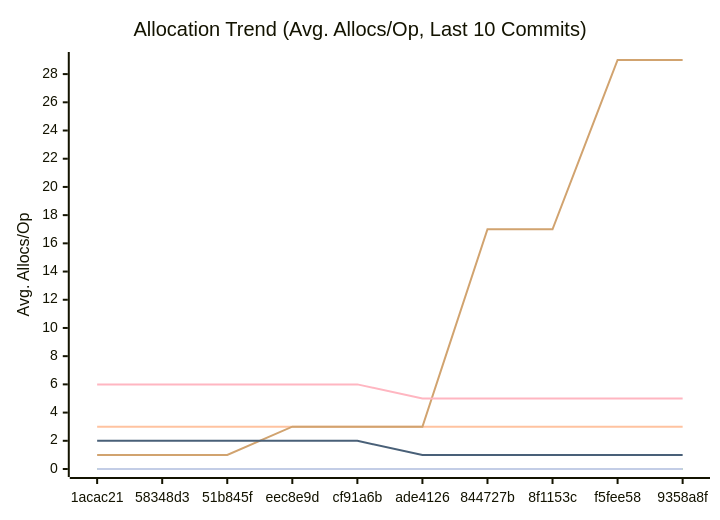
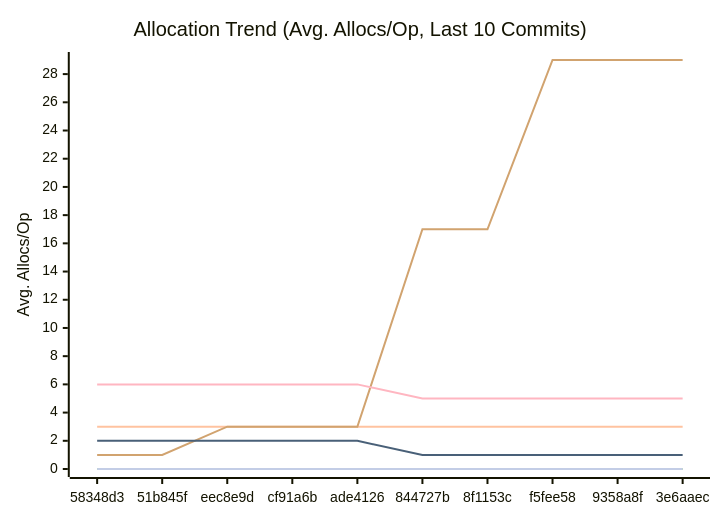
Before and after one commit to alsotoes/momo: the third of 3 diagrams in docs/PERFORMANCE.md, drawn with Mermaid. The commit also changed other lines of this file and 13 other files, not shown here.

````diff
--- a/docs/PERFORMANCE.md
+++ b/docs/PERFORMANCE.md
@@ -114,16 +114,16 @@
 ```mermaid
 xychart-beta
     title "Allocation Trend (Avg. Allocs/Op, Last 10 Commits)"
     x-axis "Commit"
     y-axis "Avg. Allocs/Op"
-    x-axis [1acac21,58348d3,51b845f,eec8e9d,cf91a6b,ade4126,844727b,8f1153c,f5fee58,9358a8f]
+    x-axis [58348d3,51b845f,eec8e9d,cf91a6b,ade4126,844727b,8f1153c,f5fee58,9358a8f,3e6aaec]
     line "CheckMetricsAndSwap" [0,0,0,0,0,0,0,0,0,0]
     line "CrushOptimized" [0,0,0,0,0,0,0,0,0,0]
     line "CrushOriginal" [3,3,3,3,3,3,3,3,3,3]
     line "IndexDirectTracking" [0,0,0,0,0,0,0,0,0,0]
     line "IndexSearch" [0,0,0,0,0,0,0,0,0,0]
-    line "LoadGlobalConfig" [1,1,1,3,3,3,17,17,29,29]
+    line "LoadGlobalConfig" [1,1,3,3,3,17,17,29,29,29]
     line "PadString" [0,0,0,0,0,0,0,0,0,0]
     line "ParseReplicationOrder_NoPrealloc" [6,6,6,6,6,5,5,5,5,5]
     line "ParseReplicationOrder_Prealloc" [2,2,2,2,2,1,1,1,1,1]
 ```
````
